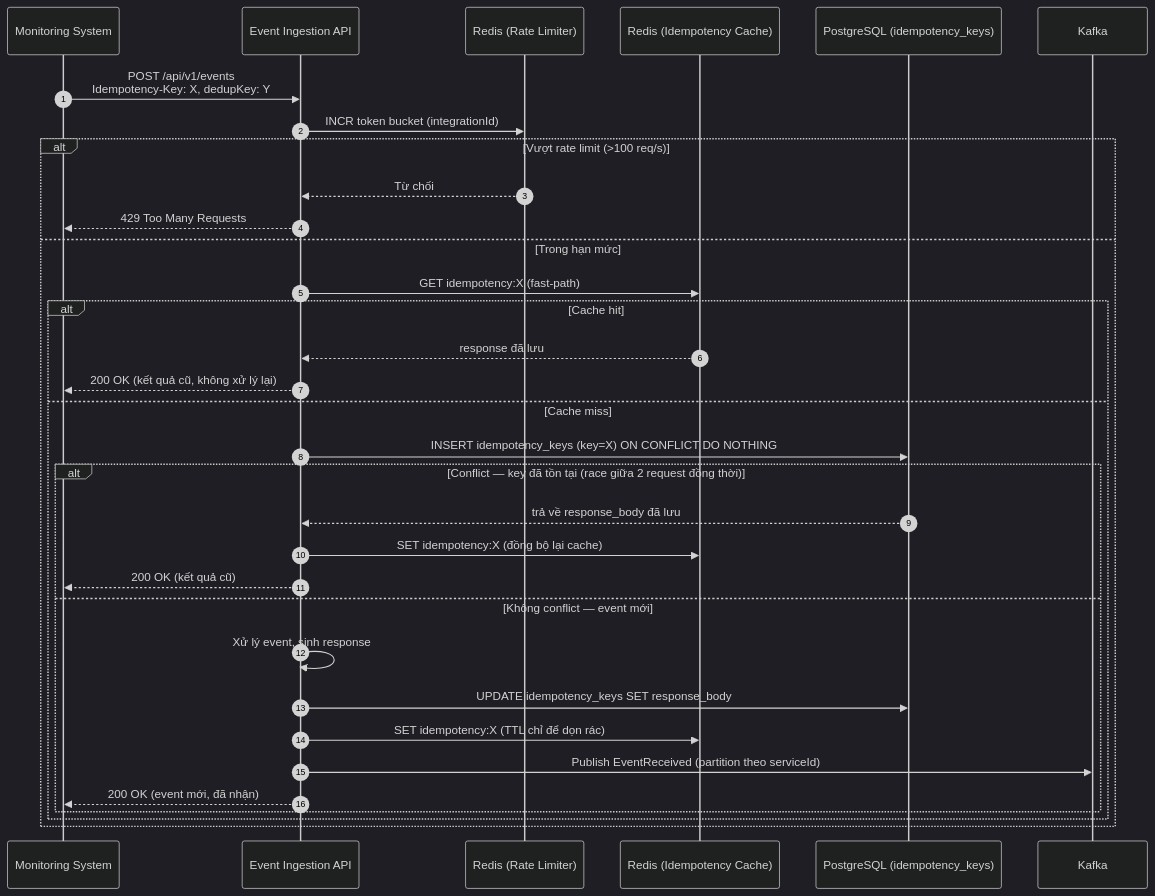
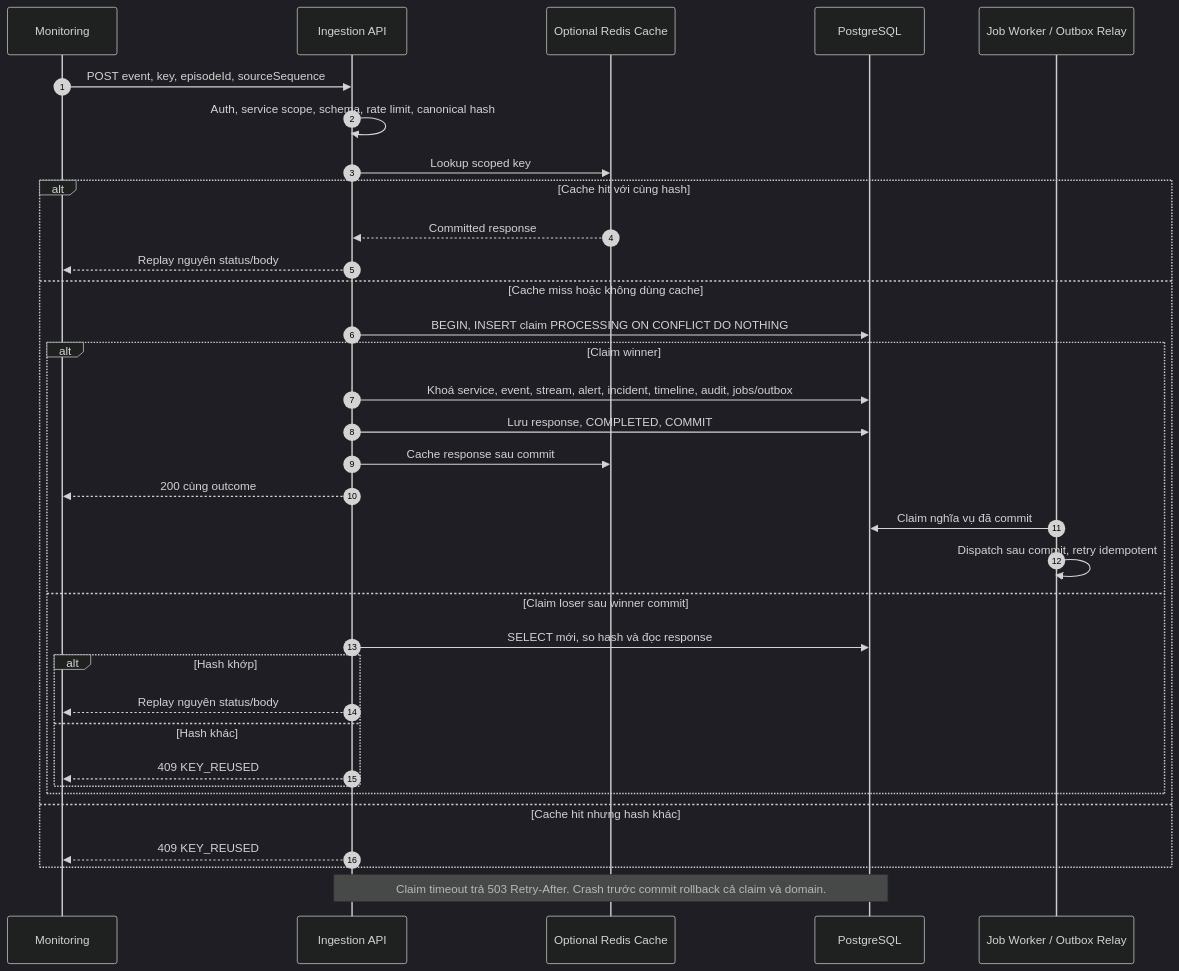
Diagram 11 of 16 in README.md (NguyenBao0305/Intelligent-Incident-Reliability-Operations-Platform), drawn with Mermaid (dark theme) before and after one commit. The commit also changed other lines of this file, not shown here.

````diff
--- a/README.md
+++ b/README.md
@@ -977,37 +874,36 @@
 ```mermaid
 sequenceDiagram
     autonumber
-    participant MON as Monitoring System
-    participant ING as Event Ingestion API
-    participant RL as Redis (Rate Limiter)
-    participant CACHE as Redis (Idempotency Cache)
-    participant PG as PostgreSQL (idempotency_keys)
-    participant BUS as Kafka
-
-    MON->>ING: POST /api/v1/events<br/>Idempotency-Key: X, dedupKey: Y
-
-    ING->>RL: INCR token bucket (integrationId)
-    alt Vượt rate limit (>100 req/s)
-        RL-->>ING: Từ chối
-        ING-->>MON: 429 Too Many Requests
-    else Trong hạn mức
-        ING->>CACHE: GET idempotency:X (fast-path)
-        alt Cache hit
-            CACHE-->>ING: response đã lưu
-            ING-->>MON: 200 OK (kết quả cũ, không xử lý lại)
-        else Cache miss
-            ING->>PG: INSERT idempotency_keys (key=X) ON CONFLICT DO NOTHING
-            alt Conflict — key đã tồn tại (race giữa 2 request đồng thời)
-                PG-->>ING: trả về response_body đã lưu
-                ING->>CACHE: SET idempotency:X (đồng bộ lại cache)
-                ING-->>MON: 200 OK (kết quả cũ)
-            else Không conflict — event mới
-                ING->>ING: Xử lý event, sinh response
-                ING->>PG: UPDATE idempotency_keys SET response_body
-                ING->>CACHE: SET idempotency:X (TTL chỉ để dọn rác)
-                ING->>BUS: Publish EventReceived (partition theo serviceId)
-                ING-->>MON: 200 OK (event mới, đã nhận)
+    participant M as Monitoring
+    participant API as Ingestion API
+    participant C as Optional Redis Cache
+    participant DB as PostgreSQL
+    participant W as Job Worker / Outbox Relay
+    M->>API: POST event, key, episodeId, sourceSequence
+    API->>API: Auth, service scope, schema, rate limit, canonical hash
+    API->>C: Lookup scoped key
+    alt Cache hit với cùng hash
+        C-->>API: Committed response
+        API-->>M: Replay nguyên status/body
+    else Cache miss hoặc không dùng cache
+        API->>DB: BEGIN, INSERT claim PROCESSING ON CONFLICT DO NOTHING
+        alt Claim winner
+            API->>DB: Khoá service, event, stream, alert, incident, timeline, audit, jobs/outbox
+            API->>DB: Lưu response, COMPLETED, COMMIT
+            API->>C: Cache response sau commit
+            API-->>M: 200 cùng outcome
+            W->>DB: Claim nghĩa vụ đã commit
+            W->>W: Dispatch sau commit, retry idempotent
+        else Claim loser sau winner commit
+            API->>DB: SELECT mới, so hash và đọc response
+            alt Hash khớp
+                API-->>M: Replay nguyên status/body
+            else Hash khác
+                API-->>M: 409 KEY_REUSED
             end
         end
+    else Cache hit nhưng hash khác
+        API-->>M: 409 KEY_REUSED
     end
+    Note over API,DB: Claim timeout trả 503 Retry-After. Crash trước commit rollback cả claim và domain.
 ```
````
